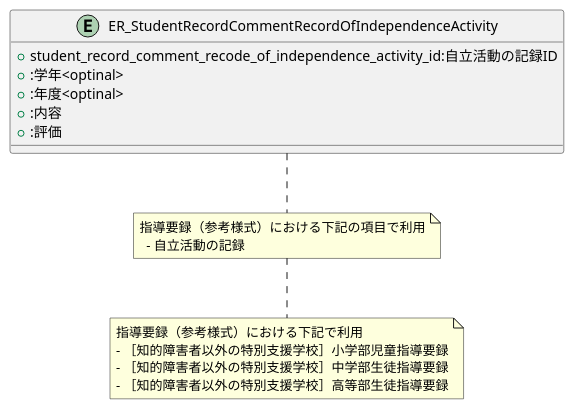
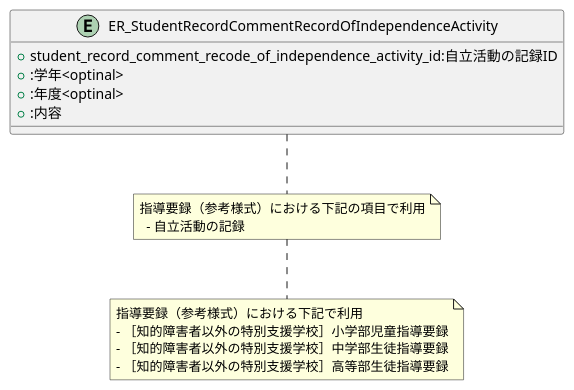
Before and after one commit to popoposorara/ERP_ER: the diagram in Entity/ER_StudentRecordCommentRecordOfIndependenceActivity.pu, drawn with PlantUML. The commit also changed 6 other files, not shown here.

```diff
--- a/Entity/ER_StudentRecordCommentRecordOfIndependenceActivity.pu
+++ b/Entity/ER_StudentRecordCommentRecordOfIndependenceActivity.pu
@@ -1,23 +1,22 @@
 @startuml
 
 entity "ER_StudentRecordCommentRecordOfIndependenceActivity"{
     + student_record_comment_recode_of_independence_activity_id:自立活動の記録ID
     + :学年<optinal>
     + :年度<optinal>
     + :内容
-    + :評価
 }
 
 note bottom
 指導要録（参考様式）における下記の項目で利用
   - 自立活動の記録
 end note
 
 note bottom
 指導要録（参考様式）における下記で利用
 - ［知的障害者以外の特別支援学校］小学部児童指導要録
 - ［知的障害者以外の特別支援学校］中学部生徒指導要録
 - ［知的障害者以外の特別支援学校］高等部生徒指導要録
 end note
 
 @enduml
```
